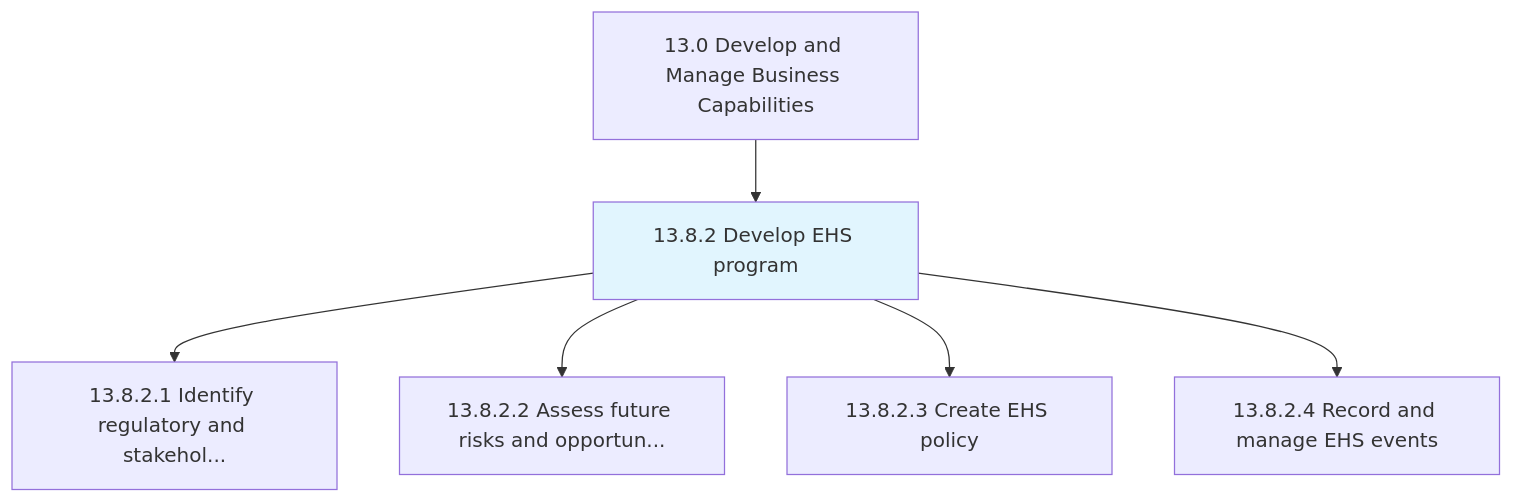
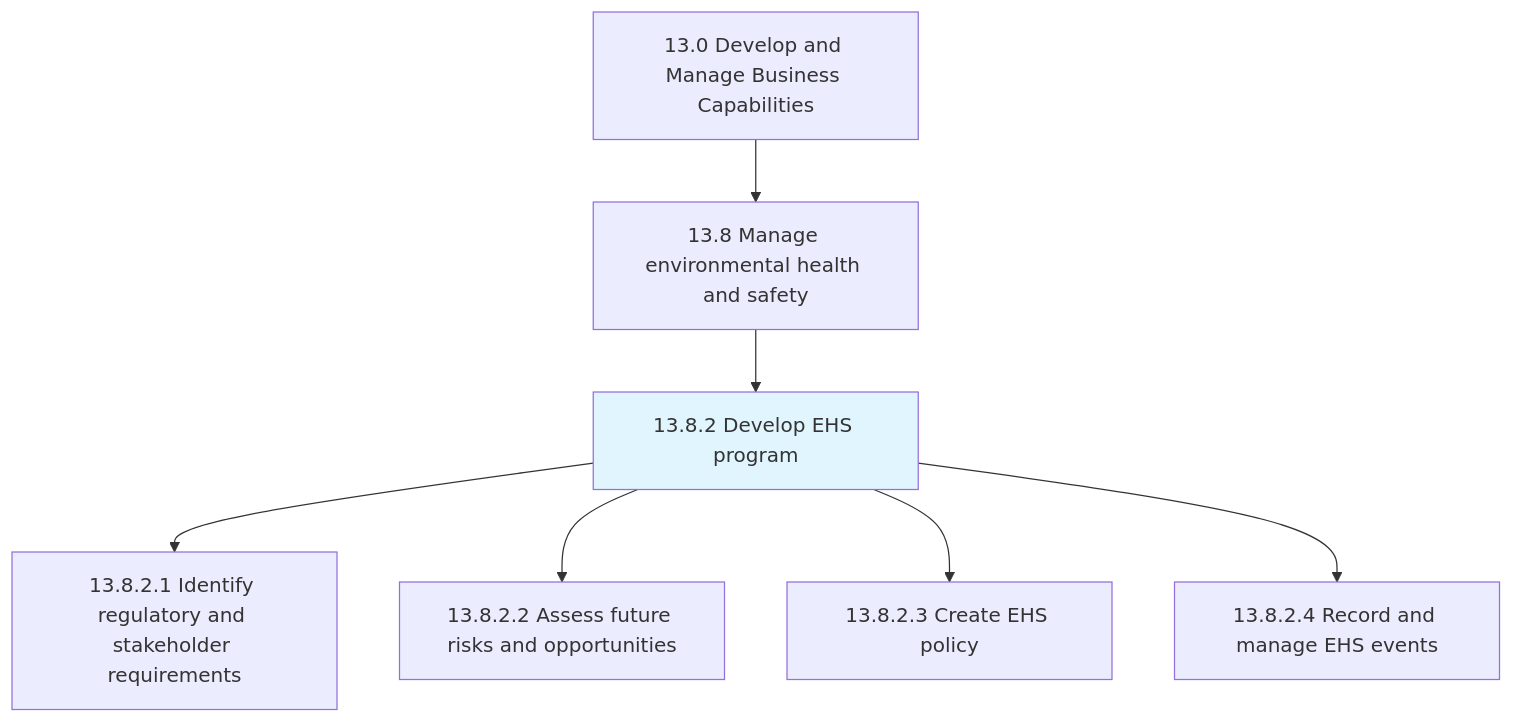
One commit to kziemski/business.org.ai changed the first of 2 diagrams in processes/13-Capabilities/13.8.2-DevelopEHSProgram/index.mdx. Above: the diagram before and after it, drawn with Mermaid. The commit also changed other lines of this file and 885 other files, not shown here.

````diff
--- a/processes/13-Capabilities/13.8.2-DevelopEHSProgram/index.mdx
+++ b/processes/13-Capabilities/13.8.2-DevelopEHSProgram/index.mdx
@@ -25,10 +27,11 @@
 ```mermaid
 graph TD
     C13["13.0 Develop and Manage Business Capabilities"]
-    C13 --> N13_8_2["13.8.2 Develop EHS program"]
+    C13 --> N13_8["13.8 Manage environmental health and safety"]
+    N13_8 --> N13_8_2["13.8.2 Develop EHS program"]
     style N13_8_2 fill:#e1f5fe
-    N13_8_2 --> N13_8_2_1["13.8.2.1 Identify regulatory and stakehol..."]
-    N13_8_2 --> N13_8_2_2["13.8.2.2 Assess future risks and opportun..."]
+    N13_8_2 --> N13_8_2_1["13.8.2.1 Identify regulatory and stakeholder requirements"]
+    N13_8_2 --> N13_8_2_2["13.8.2.2 Assess future risks and opportunities"]
     N13_8_2 --> N13_8_2_3["13.8.2.3 Create EHS policy"]
     N13_8_2 --> N13_8_2_4["13.8.2.4 Record and manage EHS events"]
 ```
````
